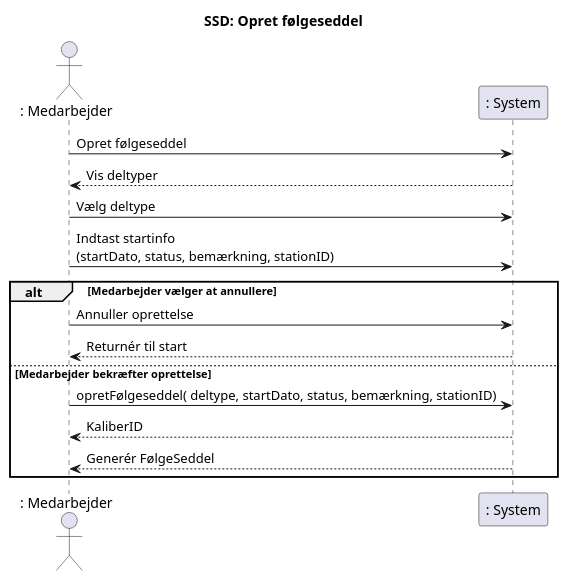
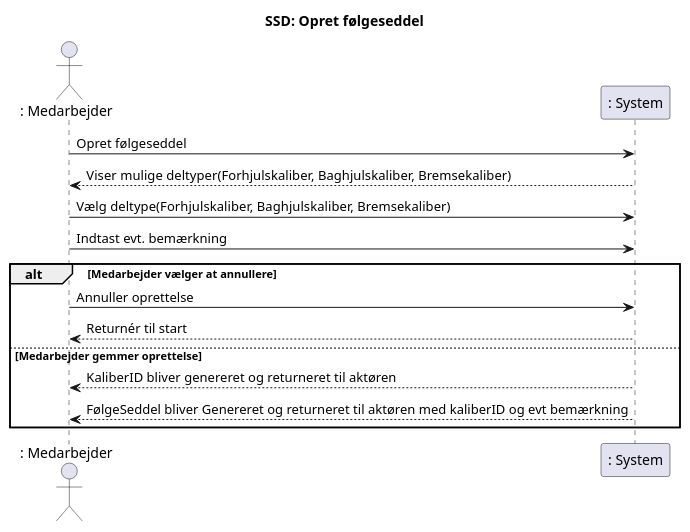
One commit to marsbo04/budweg changed the diagram in uml_artifacts/uc1_ssd.puml. Above: the diagram before and after it, drawn with PlantUML.

Commit message:
Enhance sequence diagram with detailed interactions
Updated sequence diagram to include specific part types and improved messaging.

```diff
--- a/uml_artifacts/uc1_ssd.puml
+++ b/uml_artifacts/uc1_ssd.puml
@@ -1,23 +1,21 @@
 @startuml
 title SSD: Opret følgeseddel
 
 actor ": Medarbejder" as Medarbejder
 participant ": System" as System
 
 Medarbejder -> System: Opret følgeseddel
-System --> Medarbejder: Vis deltyper
+System --> Medarbejder: Viser mulige deltyper(Forhjulskaliber, Baghjulskaliber, Bremsekaliber)
 
-Medarbejder -> System: Vælg deltype
-Medarbejder -> System: Indtast startinfo\n(startDato, status, bemærkning, stationID)
-
+Medarbejder -> System: Vælg deltype(Forhjulskaliber, Baghjulskaliber, Bremsekaliber)
+Medarbejder -> System: Indtast evt. bemærkning
 alt Medarbejder vælger at annullere
     Medarbejder -> System: Annuller oprettelse    
     System --> Medarbejder: Returnér til start
-else Medarbejder bekræfter oprettelse
-    Medarbejder -> System: opretFølgeseddel( deltype, startDato, status, bemærkning, stationID)
+else Medarbejder gemmer oprettelse
 
-    System --> Medarbejder: KaliberID
-    System --> Medarbejder: Generér FølgeSeddel
+    System --> Medarbejder: KaliberID bliver genereret og returneret til aktøren
+    System --> Medarbejder: FølgeSeddel bliver Genereret og returneret til aktøren med kaliberID og evt bemærkning
 end
 
 @enduml
```
